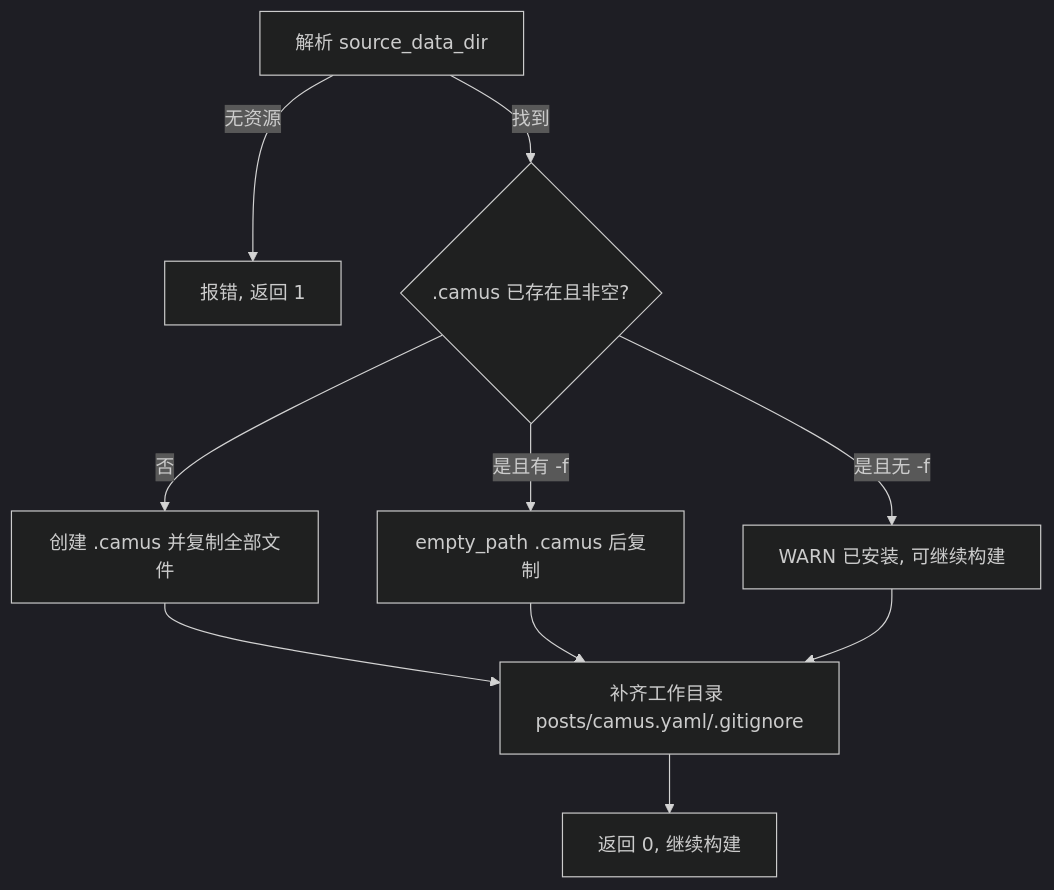
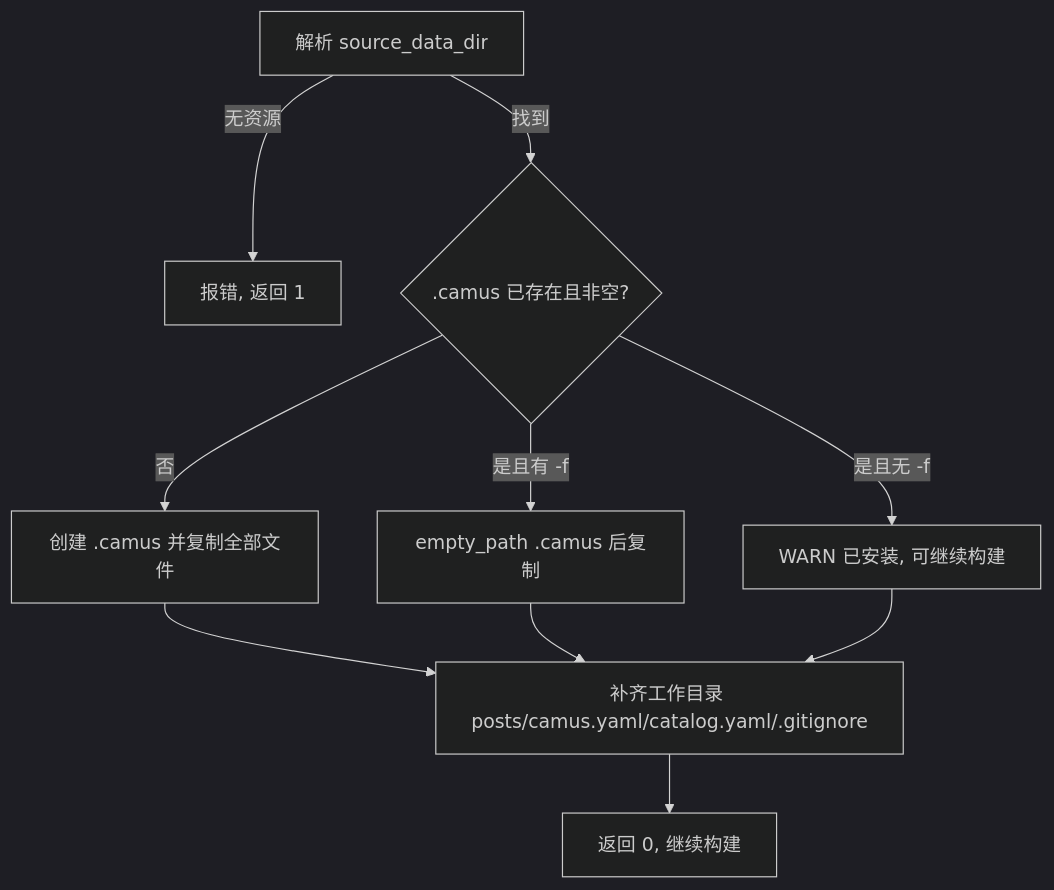
Before and after one commit to o8x/camus: the diagram in docs/prd/08-template-install.md, drawn with Mermaid (dark theme). The commit also changed other lines of this file and 24 other files, not shown here.

````diff
--- a/docs/prd/08-template-install.md
+++ b/docs/prd/08-template-install.md
@@ -36,12 +37,12 @@
 ```mermaid
 flowchart TD
     A[解析 source_data_dir] -->|无资源| X[报错, 返回 1]
     A -->|找到| B{.camus 已存在且非空?}
     B -->|否| D[创建 .camus 并复制全部文件]
     B -->|是且无 -f| W[WARN 已安装, 可继续构建]
     B -->|是且有 -f| C[empty_path .camus 后复制]
-    D --> S[补齐工作目录 posts/camus.yaml/.gitignore]
+    D --> S[补齐工作目录 posts/camus.yaml/catalog.yaml/.gitignore]
     C --> S
     W --> S
     S --> OK[返回 0, 继续构建]
 ```
````
